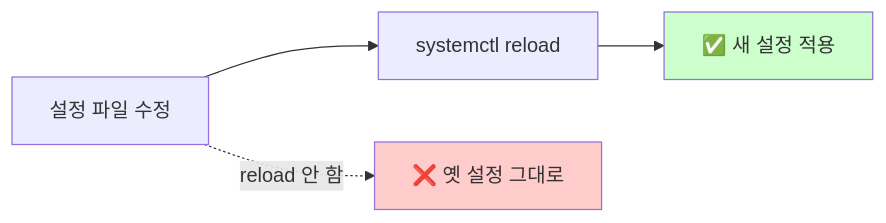
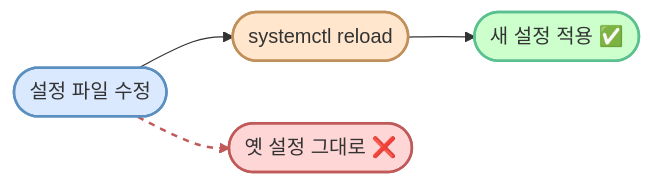
Before and after one commit to codewhite7777/codyssey_notes: the second of 2 diagrams in codyssey_b1_1_study/sshd-config.md, drawn with Mermaid. The commit also changed other lines of this file, not shown here.

Commit message:
fix(mermaid): sshd-config reload 다이어그램 점선 라벨 함정 회피
직전 03-users-groups·spec-overview 와 동일 패턴의 위험 다이어그램:
  A -.->|reload 안 함| X[❌ 옛 설정 그대로]

수정:
- 점선 라벨 |...| 제거 → linkStyle 로 빨간 점선 명시
- 노드 모양 [text] → ([text]) 라운드 (일관성)
- 본문에 "빨간 점선 = reload 안 한 경로" 캡션
- style 색상 팔레트도 일관화 (#dbe9ff·#ffe6cc·#ccffcc·#ffd6d6)

GitHub Mermaid 가 점선 인라인 라벨 + 한국어·이모지 조합을
파싱 실패하는 함정을 회피.

````diff
--- a/codyssey_b1_1_study/sshd-config.md
+++ b/codyssey_b1_1_study/sshd-config.md
@@ -187,10 +187,13 @@
 ```mermaid
 flowchart LR
-    A[설정 파일 수정] --> B[systemctl reload]
-    B --> C[✅ 새 설정 적용]
+    A([설정 파일 수정]) --> B([systemctl reload])
+    B --> C([새 설정 적용 ✅])
+    A -.-> X([옛 설정 그대로 ❌])
 
-    A -.->|reload 안 함| X[❌ 옛 설정 그대로]
+    linkStyle 2 stroke:#c05a5a,stroke-width:2px,stroke-dasharray:5
 
-    style C fill:#ccffcc
-    style X fill:#ffcccc
+    style A fill:#dbe9ff,stroke:#5a8fc0,stroke-width:2px
+    style B fill:#ffe6cc,stroke:#c08f5a,stroke-width:2px
+    style C fill:#ccffcc,stroke:#5ac08f,stroke-width:2px
+    style X fill:#ffd6d6,stroke:#c05a5a,stroke-width:2px
 ```
````
